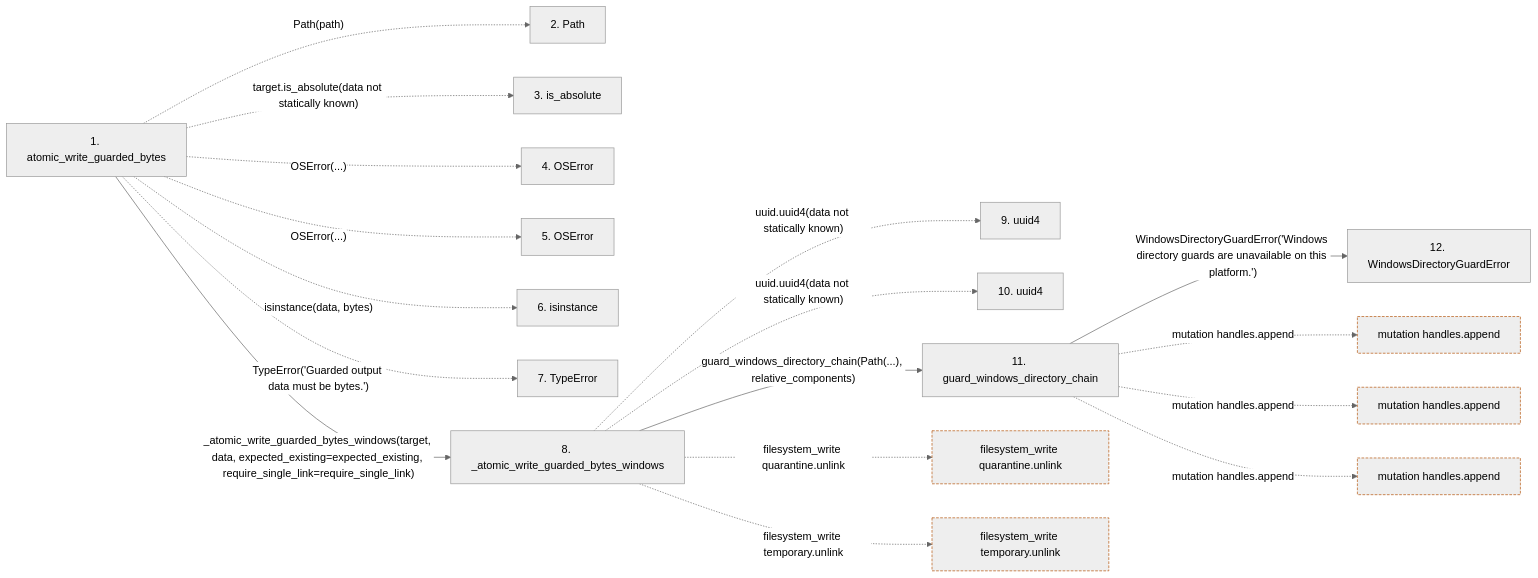
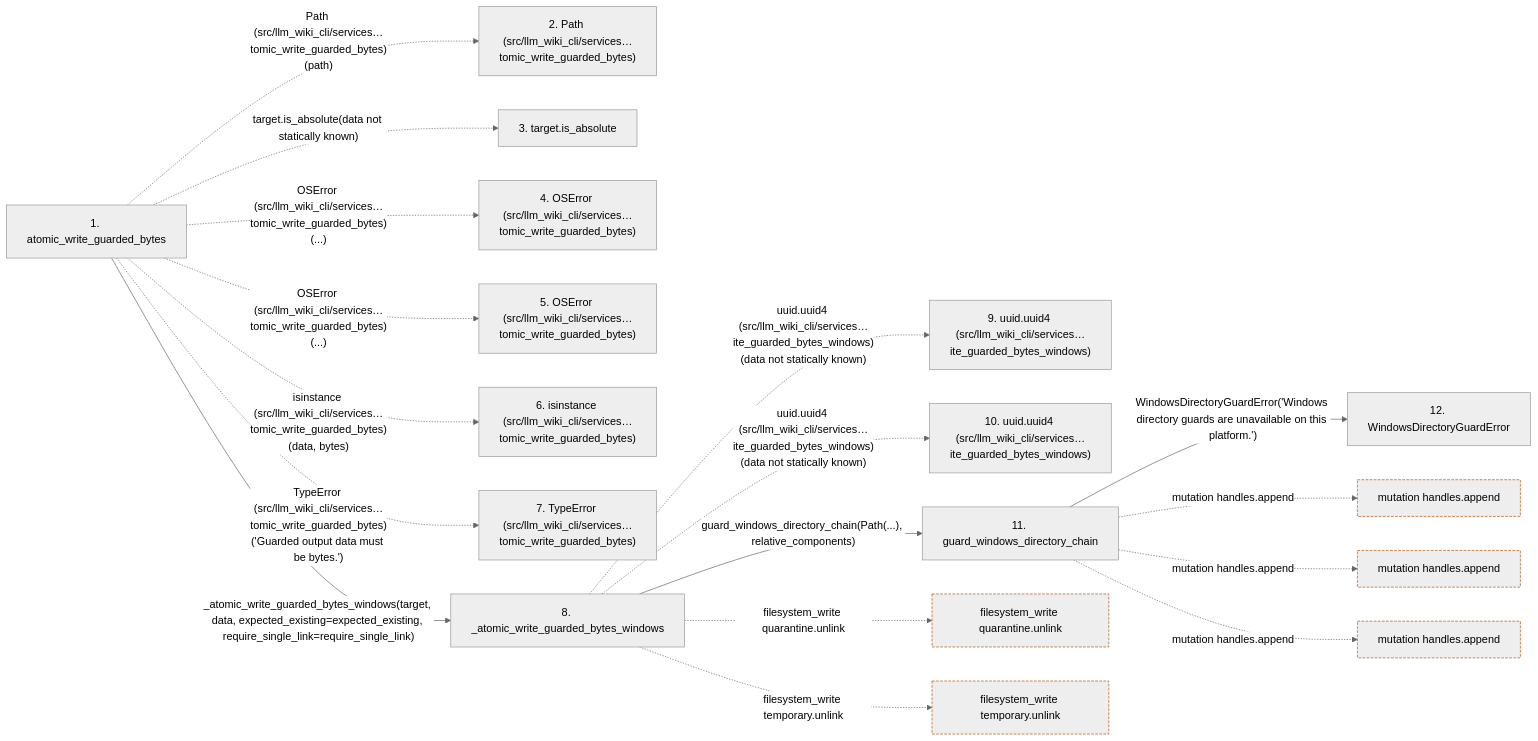
The second of 2 diagrams in docs/llm_wiki/flows/api-atomic_write_guarded_bytes.md (Denissvgn/python-wiki-llm), drawn with Mermaid (neutral theme) before and after one commit. The commit also changed other lines of this file and 719 other files, not shown here.

````diff
--- a/docs/llm_wiki/flows/api-atomic_write_guarded_bytes.md
+++ b/docs/llm_wiki/flows/api-atomic_write_guarded_bytes.md
@@ -73,46 +76,46 @@
 ```mermaid
 flowchart LR
     s1["1. atomic_write_guarded_bytes"]
-    s2["2. Path"]
-    s3["3. is_absolute"]
-    s4["4. OSError"]
-    s5["5. OSError"]
-    s6["6. isinstance"]
-    s7["7. TypeError"]
+    s2["2. Path (src/llm_wiki_cli/services…tomic_write_guarded_bytes)"]
+    s3["3. target.is_absolute"]
+    s4["4. OSError (src/llm_wiki_cli/services…tomic_write_guarded_bytes)"]
+    s5["5. OSError (src/llm_wiki_cli/services…tomic_write_guarded_bytes)"]
+    s6["6. isinstance (src/llm_wiki_cli/services…tomic_write_guarded_bytes)"]
+    s7["7. TypeError (src/llm_wiki_cli/services…tomic_write_guarded_bytes)"]
     s8["8. _atomic_write_guarded_bytes_windows"]
-    s9["9. uuid4"]
-    s10["10. uuid4"]
+    s9["9. uuid.uuid4 (src/llm_wiki_cli/services…ite_guarded_bytes_windows)"]
+    s10["10. uuid.uuid4 (src/llm_wiki_cli/services…ite_guarded_bytes_windows)"]
     s11["11. guard_windows_directory_chain"]
     s12["12. WindowsDirectoryGuardError"]
-    s1 -. "Path(path)" .-> s2
+    s1 -. "Path (src/llm_wiki_cli/services…tomic_write_guarded_bytes)(path)" .-> s2
     s1 -. "target.is_absolute(data not statically known)" .-> s3
-    s1 -. "OSError(...)" .-> s4
-    s1 -. "OSError(...)" .-> s5
-    s1 -. "isinstance(data, bytes)" .-> s6
-    s1 -. "TypeError('Guarded output data must be bytes.')" .-> s7
+    s1 -. "OSError (src/llm_wiki_cli/services…tomic_write_guarded_bytes)(...)" .-> s4
+    s1 -. "OSError (src/llm_wiki_cli/services…tomic_write_guarded_bytes)(...)" .-> s5
+    s1 -. "isinstance (src/llm_wiki_cli/services…tomic_write_guarded_bytes)(data, bytes)" .-> s6
+    s1 -. "TypeError (src/llm_wiki_cli/services…tomic_write_guarded_bytes)('Guarded output data must be bytes.')" .-> s7
     s1 -->|"_atomic_write_guarded_bytes_windows(target, data, expected_existing=expected_existing, require_single_link=require_single_link)"| s8
-    s8 -. "uuid.uuid4(data not statically known)" .-> s9
-    s8 -. "uuid.uuid4(data not statically known)" .-> s10
+    s8 -. "uuid.uuid4 (src/llm_wiki_cli/services…ite_guarded_bytes_windows)(data not statically known)" .-> s9
+    s8 -. "uuid.uuid4 (src/llm_wiki_cli/services…ite_guarded_bytes_windows)(data not statically known)" .-> s10
     s8 -->|"guard_windows_directory_chain(Path(...), relative_components)"| s11
     s11 -->|"WindowsDirectoryGuardError('Windows directory guards are unavailable on this platform.')"| s12
     b0["filesystem_write quarantine.unlink"]
     s8 -. "filesystem_write quarantine.unlink" .-> b0
     b1["filesystem_write temporary.unlink"]
     s8 -. "filesystem_write temporary.unlink" .-> b1
     b2["mutation handles.append"]
     s11 -. "mutation handles.append" .-> b2
     b3["mutation handles.append"]
     s11 -. "mutation handles.append" .-> b3
     b4["mutation handles.append"]
     s11 -. "mutation handles.append" .-> b4
     click s1 "../modules/filesystem_guard.md"
     click s8 "../modules/filesystem_guard.md"
     click s11 "../modules/filesystem_guard.md"
     click s12 "../modules/filesystem_guard.md"
     classDef boundary stroke:#b45309,stroke-dasharray: 4 2
     class b0 boundary
     class b1 boundary
     class b2 boundary
     class b3 boundary
     class b4 boundary
 ```
````
